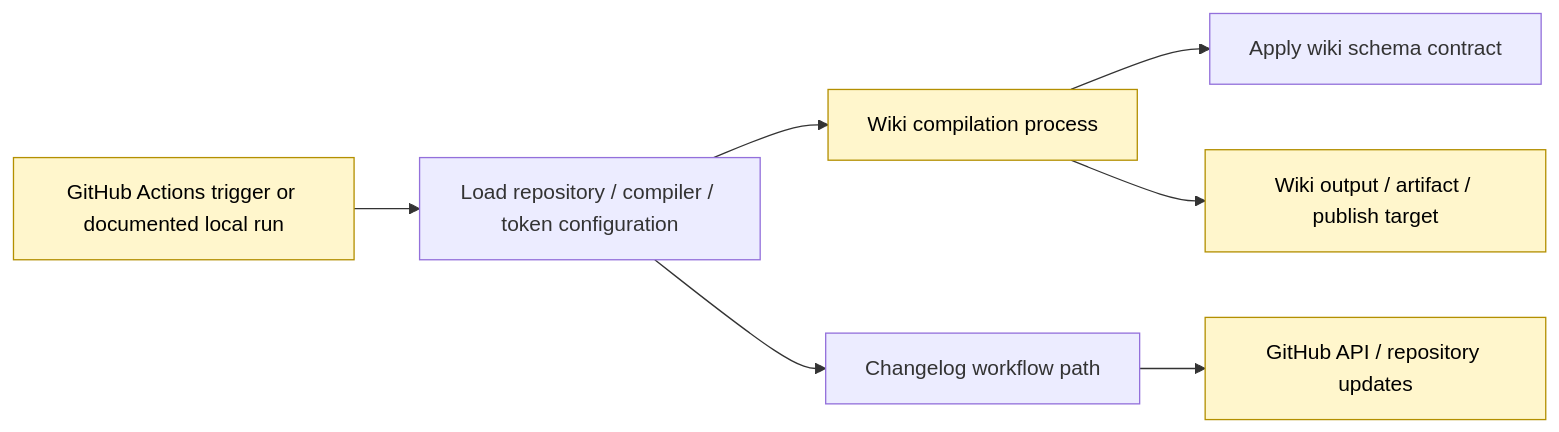
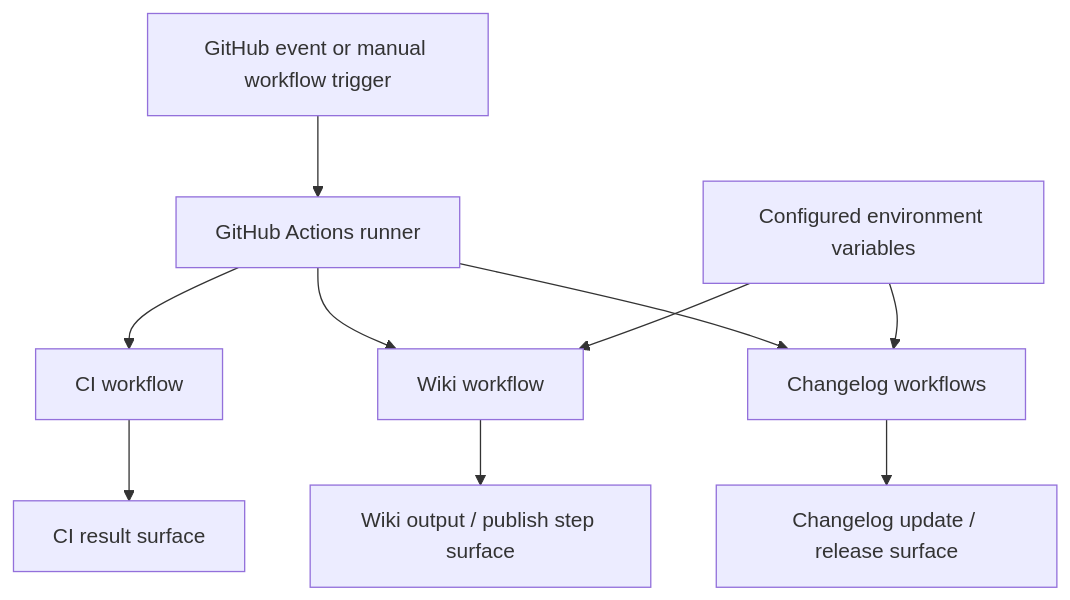
Before and after one commit to mfittko/repo-wiki: the third of 4 diagrams in Architecture.md, drawn with Mermaid. The commit also changed other lines of this file and 45 other files, not shown here.

Commit message:
Compile repository wiki 2026-06-12T16:37:41.765Z

````diff
--- a/Architecture.md
+++ b/Architecture.md
@@ -165,13 +171,15 @@
 ```mermaid
-flowchart LR
-    Trigger["GitHub Actions trigger or documented local run"] --> Config["Load repository / compiler / token configuration"]
-    Config --> Compile["Wiki compilation process"]
-    Compile --> Schema["Apply wiki schema contract"]
-    Compile --> Output["Wiki output / artifact / publish target"]
+flowchart TD
+  Trigger["GitHub event or manual workflow trigger"] --> Actions["GitHub Actions runner"]
 
-    Config --> Changelog["Changelog workflow path"]
-    Changelog --> GitHub["GitHub API / repository updates"]
+  Actions --> CI["CI workflow"]
+  Actions --> Wiki["Wiki workflow"]
+  Actions --> Changelog["Changelog workflows"]
 
-    classDef inferred fill:#fff6cc,stroke:#b38f00,color:#000;
-    class Trigger,Compile,Output,GitHub inferred;
+  Env["Configured environment variables"] --> Wiki
+  Env --> Changelog
+
+  Wiki --> WikiArtifacts["Wiki output / publish step surface"]
+  Changelog --> ChangeArtifacts["Changelog update / release surface"]
+  CI --> QualityResult["CI result surface"]
 ```
````
